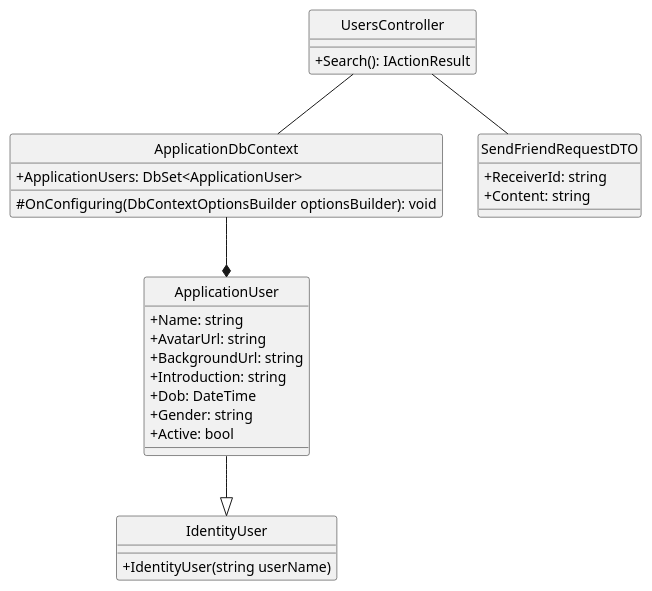
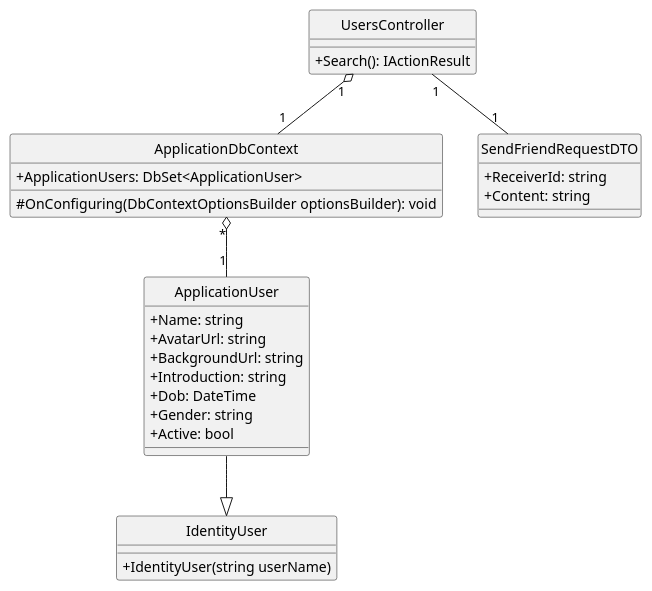
One commit to Carl-Johnsons/Chat-Application changed the diagram in docs/Class Diagram/Identity/SearchUser/ClassDiagram.plantuml. Above: the diagram before and after it, drawn with PlantUML. The commit also changed 13 other files, not shown here.

Commit message:
edit and export identity diagram to png

```diff
--- a/docs/Class Diagram/Identity/SearchUser/ClassDiagram.plantuml
+++ b/docs/Class Diagram/Identity/SearchUser/ClassDiagram.plantuml
@@ -1,37 +1,37 @@
 @startuml searchUser
 hide circle
 skinparam classAttributeIconSize 0
 class UsersController {
     +Search(): IActionResult
 }
 
 class ApplicationDbContext {
     +ApplicationUsers: DbSet<ApplicationUser>
     #OnConfiguring(DbContextOptionsBuilder optionsBuilder): void
 }
 
 
 class SendFriendRequestDTO {
     +ReceiverId: string
     +Content: string
 }
 
 class ApplicationUser {
     +Name: string
     +AvatarUrl: string
     +BackgroundUrl: string
     +Introduction: string
     +Dob: DateTime
     +Gender: string
     +Active: bool
 }
 
 class IdentityUser {
     + IdentityUser(string userName) 
 }
 
-UsersController -- ApplicationDbContext
-UsersController -- SendFriendRequestDTO
-ApplicationDbContext --* ApplicationUser
+UsersController "1" o--"1" ApplicationDbContext
+UsersController "1"--"1" SendFriendRequestDTO
+ApplicationDbContext "*" o--"1" ApplicationUser
 ApplicationUser --|> IdentityUser
 @enduml
```
